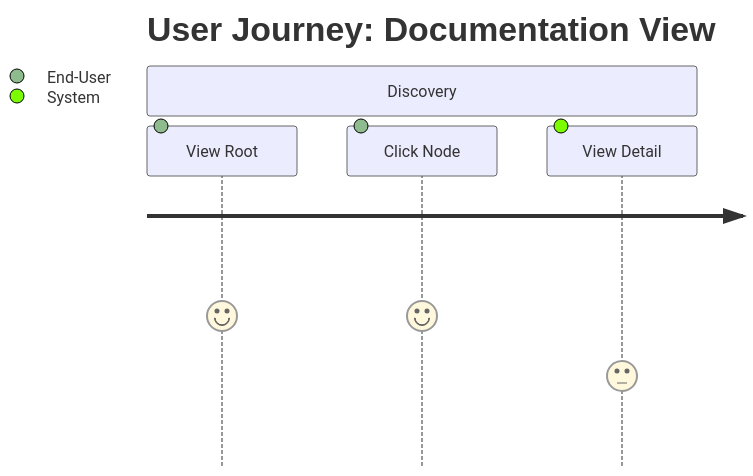
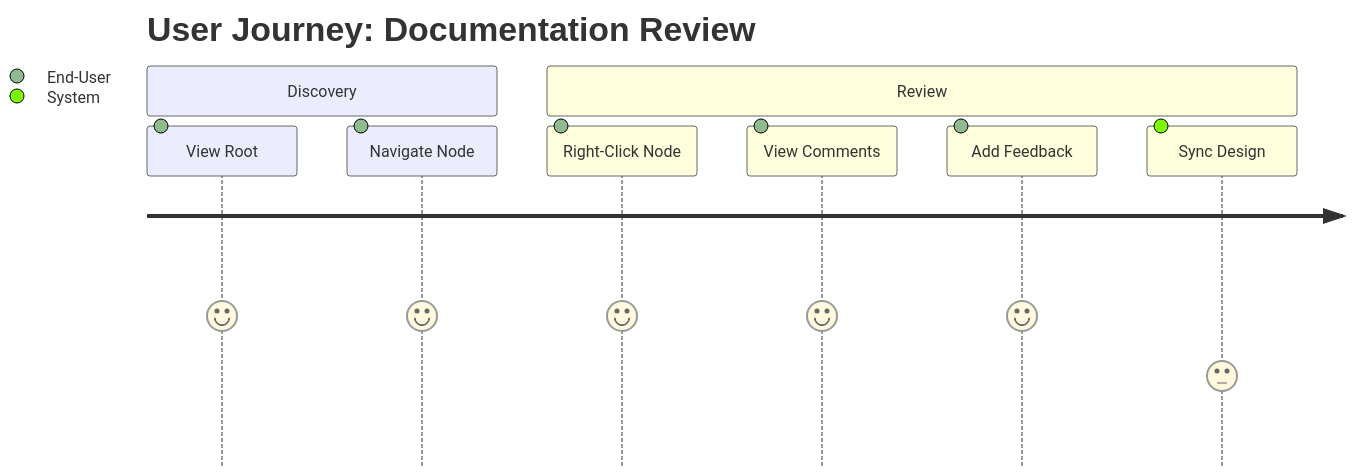
The diagram in foundryspec/assets/discovery/journeys.mermaid (futurefoundai/foundryspec), drawn with Mermaid before and after one commit. The commit also changed 13 other files, not shown here.

```diff
--- a/foundryspec/assets/discovery/journeys.mermaid
+++ b/foundryspec/assets/discovery/journeys.mermaid
@@ -1,13 +1,17 @@
 ---
 id: "JOUR_Flow"
 title: User Journey
 description: High-level workflow visualization.
 uplink: "ROOT"
 ---
 
 journey
-    title User Journey: Documentation View
+    title User Journey: Documentation Review
     section Discovery
       View Root: 5: End-User
-      Click Node: 5: End-User
-      View Detail: 3: System
+      Navigate Node: 5: End-User
+    section Review
+      Right-Click Node: 5: End-User
+      View Comments: 5: End-User
+      Add Feedback: 5: End-User
+      Sync Design: 3: System
```
